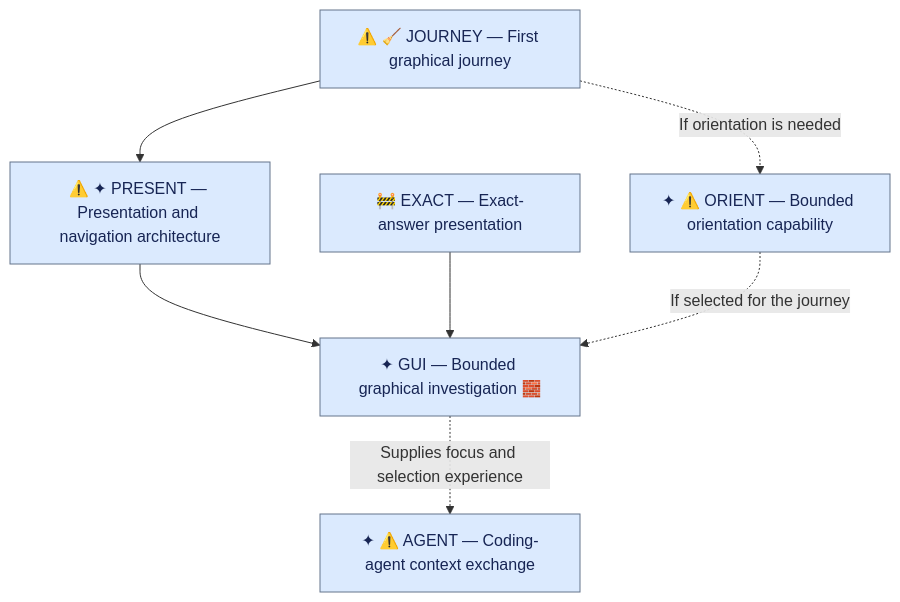
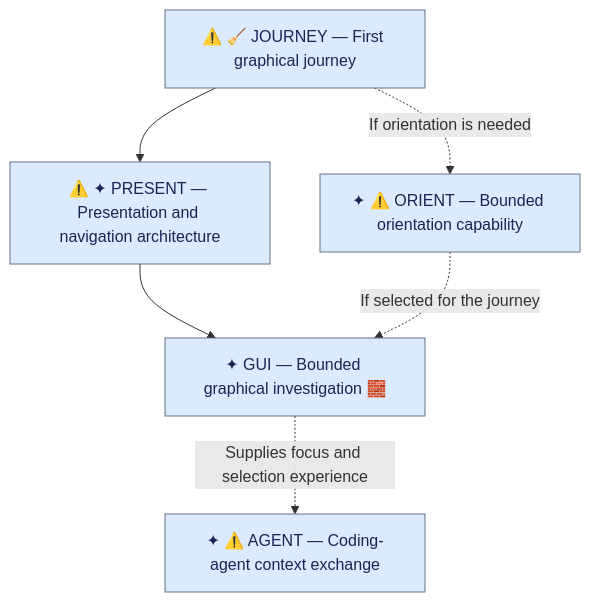
Before and after one commit to ronen/postcode: the diagram in notes/upcoming-work.md, drawn with Mermaid. The commit also changed other lines of this file, not shown here.

Commit message:
Update upcoming work after retained-answer implementation

````diff
--- a/notes/upcoming-work.md
+++ b/notes/upcoming-work.md
@@ -68,11 +65,10 @@
 ```mermaid
 flowchart TD
     JOURNEY["⚠️ 🧹 JOURNEY — First graphical journey"] --> PRESENT["⚠️ ✦ PRESENT — Presentation and navigation architecture"]
     PRESENT --> GUI["✦ GUI — Bounded graphical investigation 🧱"]
-    EXACT["🚧 EXACT — Exact-answer presentation"] --> GUI
     JOURNEY -. If orientation is needed .-> ORIENT["✦ ⚠️ ORIENT — Bounded orientation capability"]
     ORIENT -. If selected for the journey .-> GUI
     GUI -. Supplies focus and selection experience .-> AGENT["✦ ⚠️ AGENT — Coding-agent context exchange"]
 
     classDef default fill:#dbeafe,stroke:#64748b,color:#172554
 ```
````
